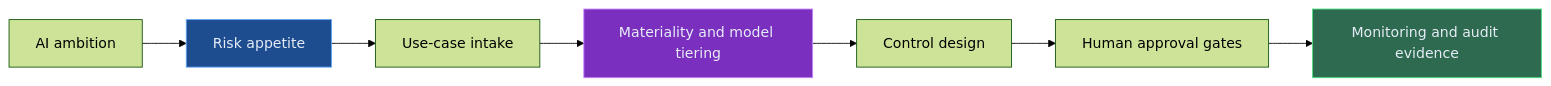
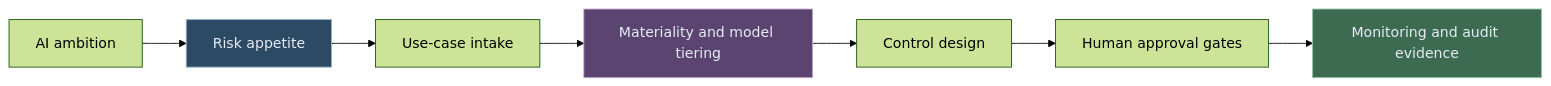
The first of 2 diagrams in blog/ai-strategy-and-governance-for-regulated-financial-institutions.md (lorvexai/lorvexai), drawn with Mermaid (forest theme) before and after one commit. The commit also changed other lines of this file and 16 other files, not shown here.

First line of the commit message:
Retune hardcoded Mermaid node colors to match the site palette

````diff
--- a/blog/ai-strategy-and-governance-for-regulated-financial-institutions.md
+++ b/blog/ai-strategy-and-governance-for-regulated-financial-institutions.md
@@ -37,13 +37,13 @@
 ```mermaid
 flowchart LR
   A[AI ambition] --> B[Risk appetite]
   B --> C[Use-case intake]
   C --> D[Materiality and model tiering]
   D --> E[Control design]
   E --> F[Human approval gates]
   F --> G[Monitoring and audit evidence]
 
-  style B fill:#1D4C8F,stroke:#60a5fa,color:#E6ECF7
-  style D fill:#7B2FBE,stroke:#c084fc,color:#E6ECF7
-  style G fill:#2D6A4F,stroke:#4ade80,color:#E6ECF7
+  style B fill:#2C4A63,stroke:#8FB2CC,color:#E6ECF7
+  style D fill:#5B4570,stroke:#BCA6CC,color:#E6ECF7
+  style G fill:#3D6B52,stroke:#95C2A8,color:#E6ECF7
 ```
````
